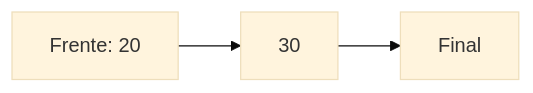
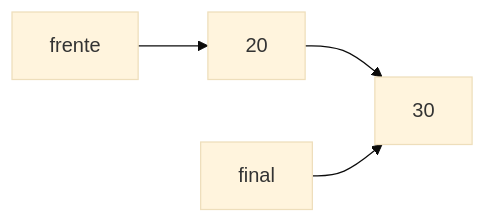
One commit to djaimej/computer-science-template changed the third of 3 diagrams in public/documents/semester-2/2/2282.md. Above: the diagram before and after it, drawn with Mermaid (base theme). The commit also changed other lines of this file and 44 other files, not shown here.

````diff
--- a/public/documents/semester-2/2/2282.md
+++ b/public/documents/semester-2/2/2282.md
@@ -124,4 +132,5 @@
 ```mermaid
     flowchart LR
-    A[Frente: 20] --> B[30] --> C[Final]
+    F[frente] --> A[20] --> B[30]
+    L[final] --> B
 ```
````
